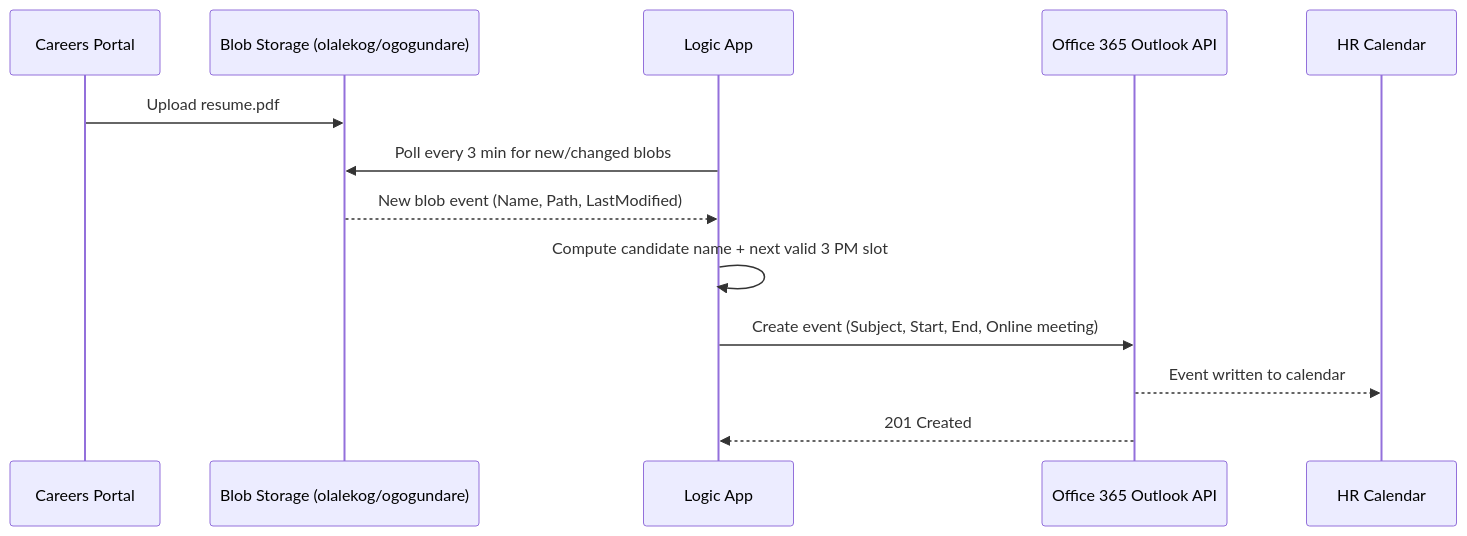
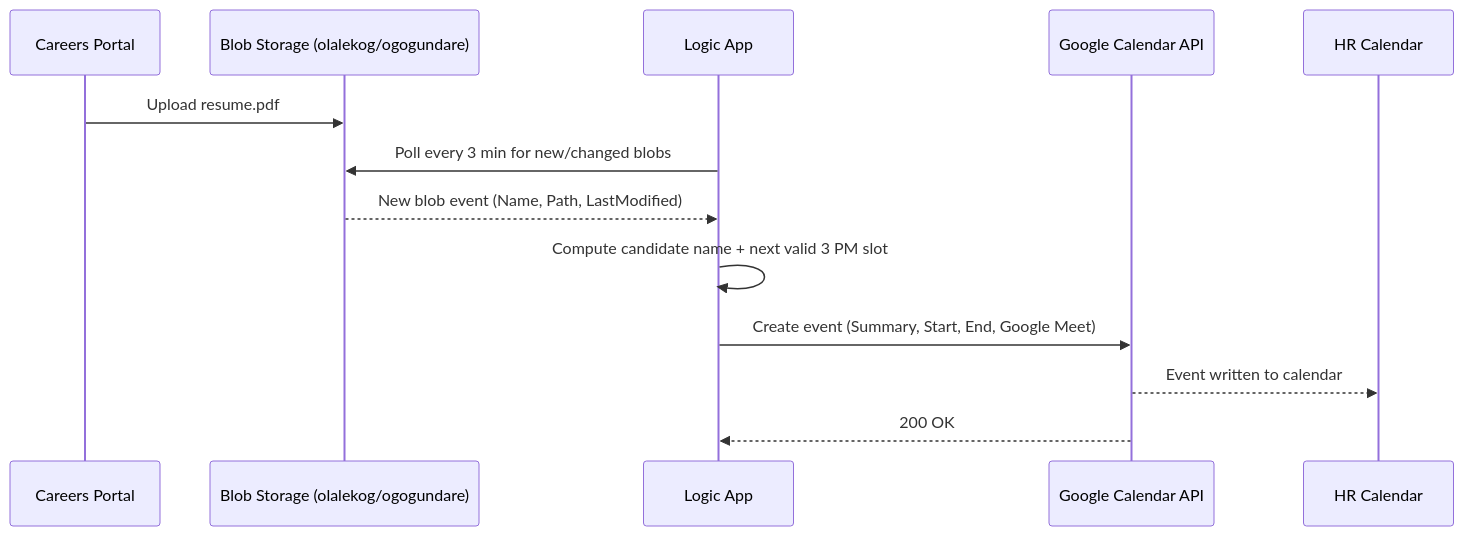
Before and after one commit to Olalekog/learning: the second of 2 diagrams in Azure/logic-app-resume-interview-scheduler.md, drawn with Mermaid. The commit also changed other lines of this file, not shown here.

````diff
--- a/Azure/logic-app-resume-interview-scheduler.md
+++ b/Azure/logic-app-resume-interview-scheduler.md
@@ -77,16 +89,16 @@
 ```mermaid
 sequenceDiagram
     participant Portal as Careers Portal
     participant Blob as Blob Storage (olalekog/ogogundare)
     participant LA as Logic App
-    participant O365 as Office 365 Outlook API
+    participant GCal as Google Calendar API
     participant HR as HR Calendar
 
     Portal->>Blob: Upload resume.pdf
     LA->>Blob: Poll every 3 min for new/changed blobs
     Blob-->>LA: New blob event (Name, Path, LastModified)
     LA->>LA: Compute candidate name + next valid 3 PM slot
-    LA->>O365: Create event (Subject, Start, End, Online meeting)
-    O365-->>HR: Event written to calendar
-    O365-->>LA: 201 Created
+    LA->>GCal: Create event (Summary, Start, End, Google Meet)
+    GCal-->>HR: Event written to calendar
+    GCal-->>LA: 200 OK
 ```
````
